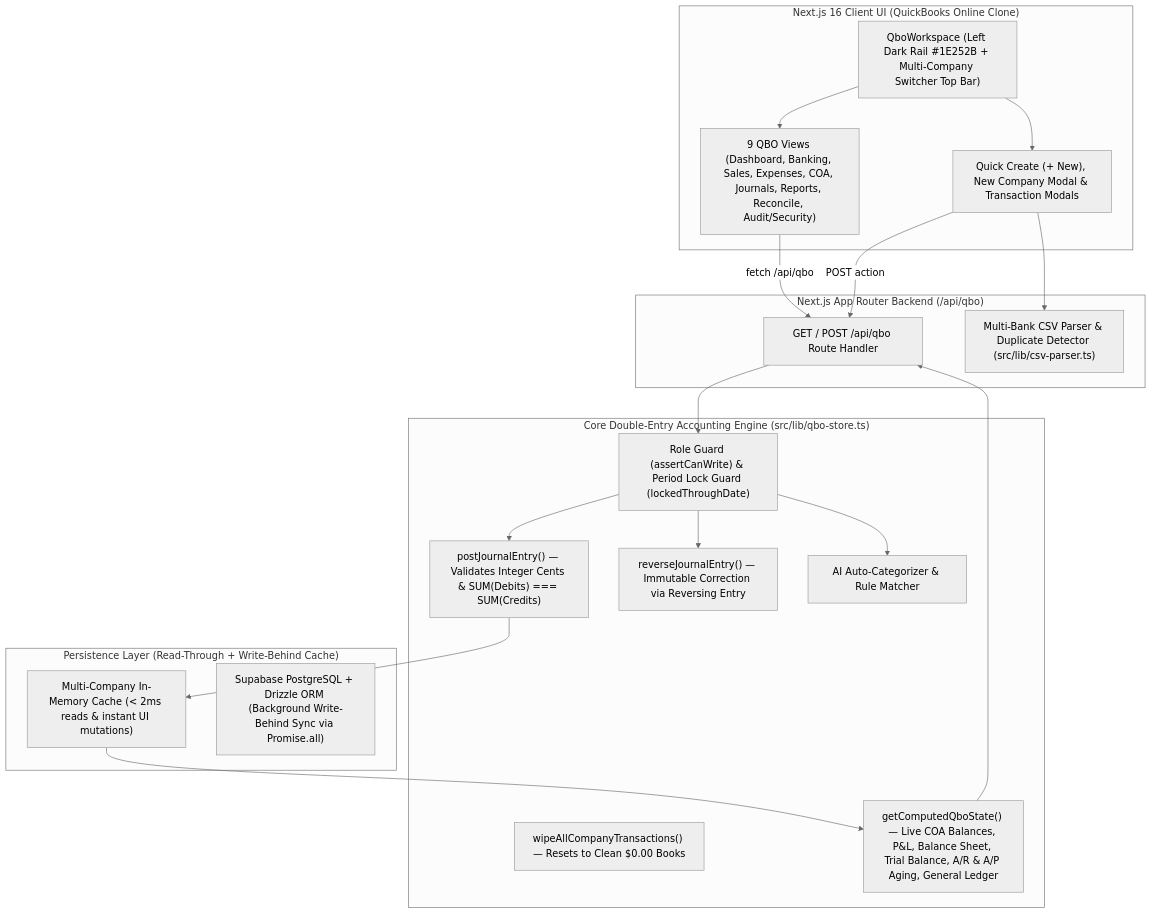
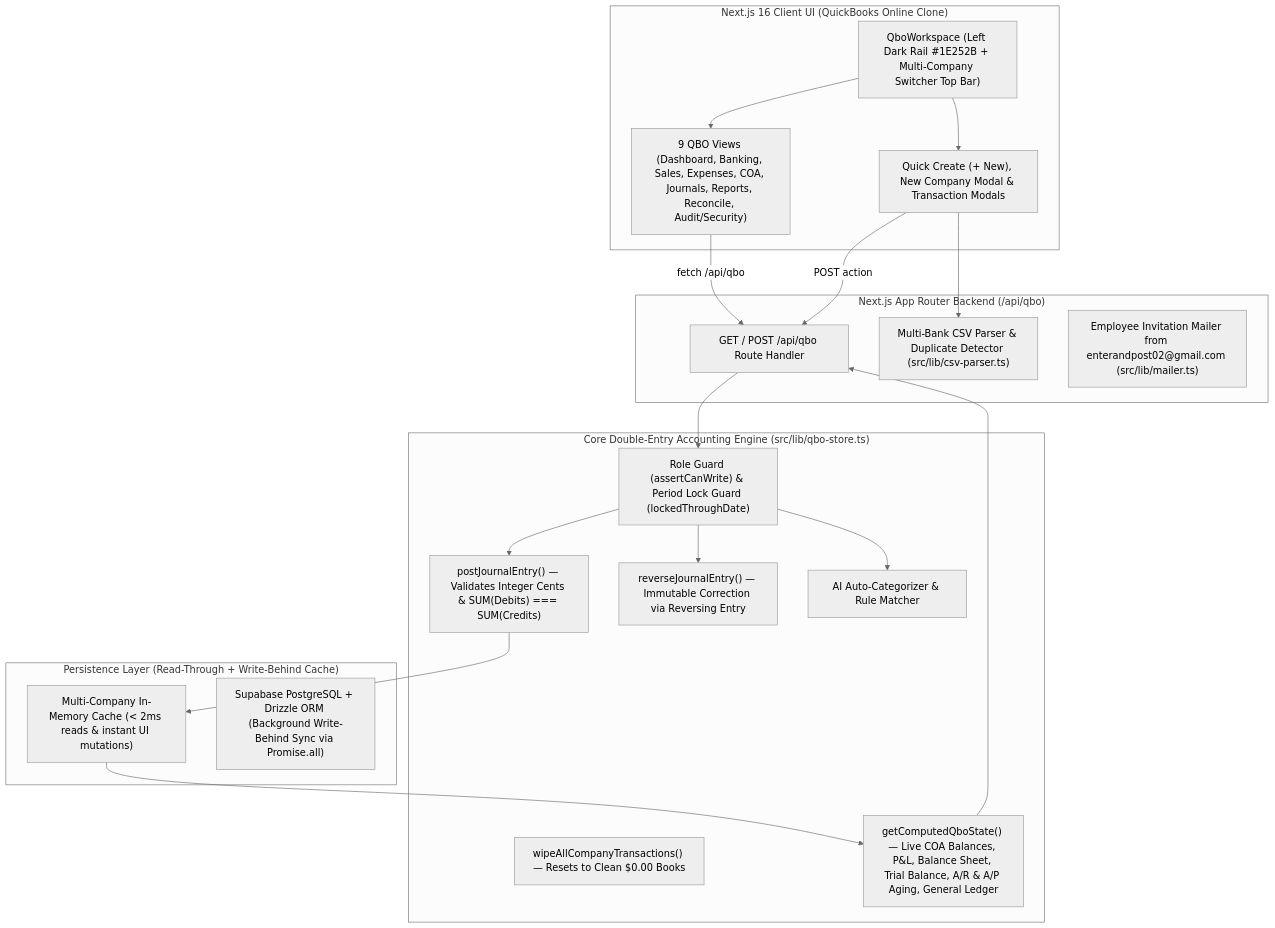
Before and after one commit to enterandpost02/quickbook: the diagram in docs/ARCHITECTURE.md, drawn with Mermaid (neutral theme). The commit also changed 17 other files, not shown here.

Commit message:
feat: Configure enterandpost02@gmail.com admin credentials and automated employee invite mailer

````diff
--- a/docs/ARCHITECTURE.md
+++ b/docs/ARCHITECTURE.md
@@ -9,40 +9,41 @@
 ```mermaid
 flowchart TB
     subgraph Client["Next.js 16 Client UI (QuickBooks Online Clone)"]
         Workspace["QboWorkspace (Left Dark Rail #1E252B + Multi-Company Switcher Top Bar)"]
         Views["9 QBO Views (Dashboard, Banking, Sales, Expenses, COA, Journals, Reports, Reconcile, Audit/Security)"]
         Modals["Quick Create (+ New), New Company Modal & Transaction Modals"]
     end
 
     subgraph API["Next.js App Router Backend (/api/qbo)"]
         RouteHandler["GET / POST /api/qbo Route Handler"]
         CSVParser["Multi-Bank CSV Parser & Duplicate Detector (src/lib/csv-parser.ts)"]
+        Mailer["Employee Invitation Mailer from enterandpost02@gmail.com (src/lib/mailer.ts)"]
     end
 
     subgraph Engine["Core Double-Entry Accounting Engine (src/lib/qbo-store.ts)"]
         RBAC["Role Guard (assertCanWrite) & Period Lock Guard (lockedThroughDate)"]
         PostEntry["postJournalEntry() — Validates Integer Cents & SUM(Debits) === SUM(Credits)"]
         Reversal["reverseJournalEntry() — Immutable Correction via Reversing Entry"]
         Wipe["wipeAllCompanyTransactions() — Resets to Clean $0.00 Books"]
         AICat["AI Auto-Categorizer & Rule Matcher"]
         Aggregator["getComputedQboState() — Live COA Balances, P&L, Balance Sheet, Trial Balance, A/R & A/P Aging, General Ledger"]
     end
 
     subgraph Storage["Persistence Layer (Read-Through + Write-Behind Cache)"]
         InMemory["Multi-Company In-Memory Cache (< 2ms reads & instant UI mutations)"]
         Postgres["Supabase PostgreSQL + Drizzle ORM (Background Write-Behind Sync via Promise.all)"]
     end
 
     Workspace --> Views
     Workspace --> Modals
     Views -->|fetch /api/qbo| RouteHandler
     Modals -->|POST action| RouteHandler
     Modals --> CSVParser
     RouteHandler --> RBAC
     RBAC --> PostEntry
     RBAC --> Reversal
     RBAC --> AICat
     PostEntry --> InMemory
     InMemory --> Aggregator
     Aggregator --> RouteHandler
 ```
````
